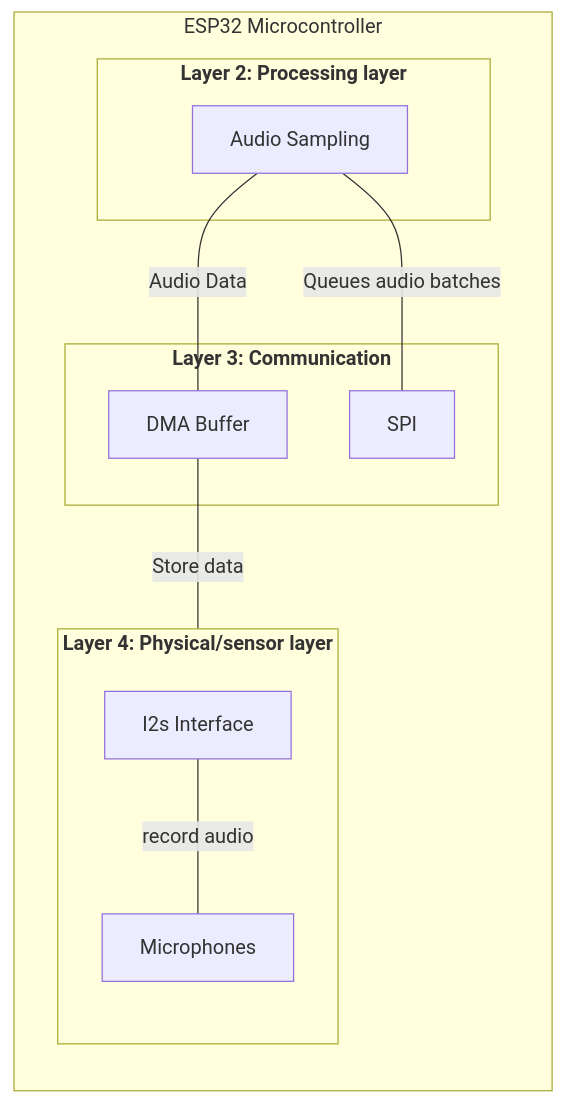
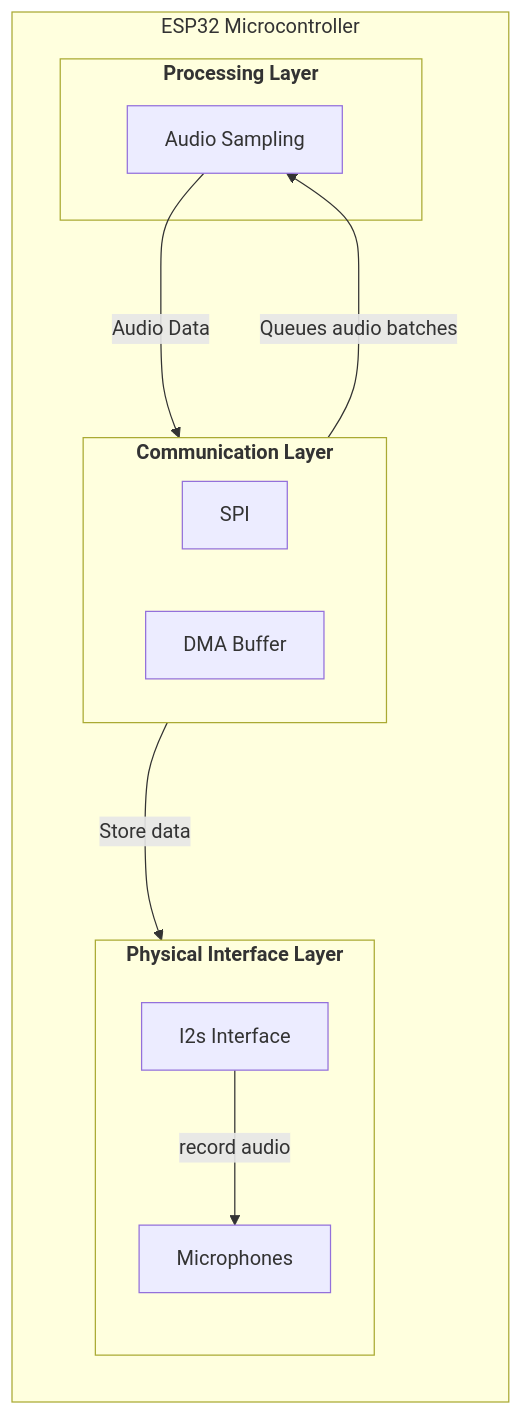
The diagram in mermaidCharts/ESP.mmd (Lukas4314/3-Semester-project), drawn with Mermaid before and after one commit. The commit also changed 8 other files, not shown here.

Commit message:
changed charts to have arrows, also looked at down to system setup

```diff
--- a/mermaidCharts/ESP.mmd
+++ b/mermaidCharts/ESP.mmd
@@ -1,26 +1,28 @@
 flowchart TD
     subgraph ESP[ESP32 Microcontroller]
         direction TB
-        subgraph L1[<b>Layer 4: Physical/sensor layer</b>]
+        subgraph L1[<b>Physical Interface Layer</b>]
             direction TB
             
             ESP_Board[I2s Interface]
             ESP_Mic[Microphones]
-            ESP_Board -- "record audio" --- ESP_Mic
+            ESP_Board -- "record audio" --> ESP_Mic
         end
 
-        subgraph L2[<b>Layer 3: Communication</b>]
+        subgraph L2[<b>Communication Layer</b>]
+            direction LR
             ESP_MQTT[SPI]
             ESP_BUFFERREADER[DMA Buffer]
         end
 
-        subgraph L3[<b>Layer 2: Processing layer</b>]
+        subgraph L3[<b>Processing Layer</b>]
             
             ESP_Sampling[Audio Sampling]
         end
     end
 
+    L3 ~~~~ L2 ~~~~ L1
 
-    ESP_BUFFERREADER -- "Store data" --- ESP_Board
-    ESP_Sampling -- "Queues audio batches" --- ESP_MQTT
-    ESP_Sampling -- "Audio Data" --- ESP_BUFFERREADER
+    ESP_BUFFERREADER -- "Store data" --> ESP_Board
+    ESP_MQTT -- "Queues audio batches" --> ESP_Sampling
+    ESP_Sampling -- "Audio Data" --> ESP_BUFFERREADER
```
